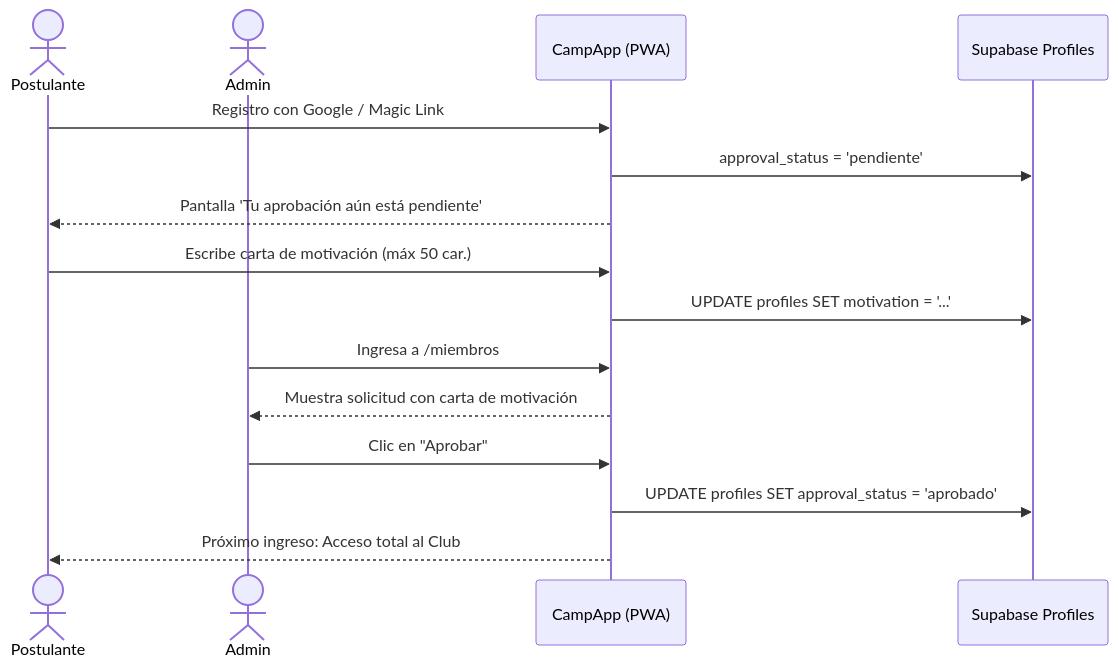
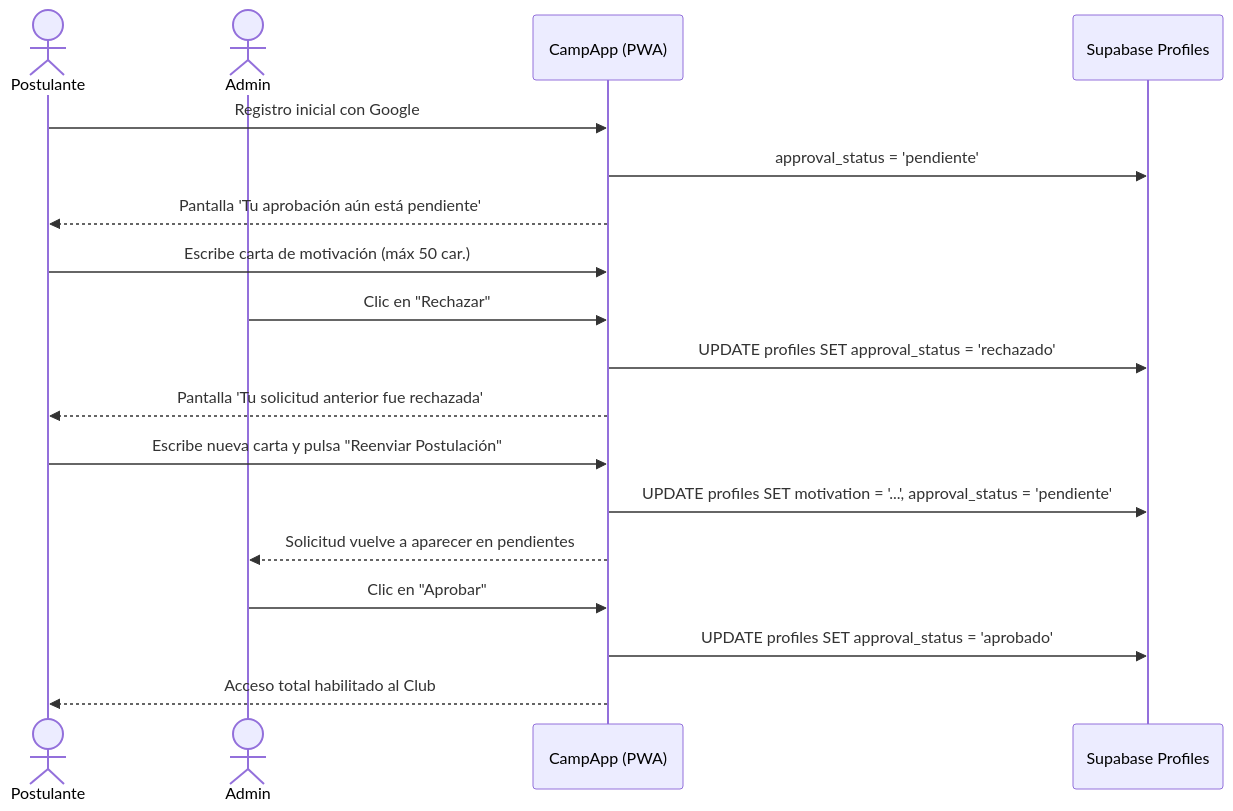
Before and after one commit to Aspirador4/NewCampApp: the diagram in docs/wiki/09_ADMISION_DIRECTORIO_Y_ROLES.md, drawn with Mermaid. The commit also changed other lines of this file and 23 other files, not shown here.

````diff
--- a/docs/wiki/09_ADMISION_DIRECTORIO_Y_ROLES.md
+++ b/docs/wiki/09_ADMISION_DIRECTORIO_Y_ROLES.md
@@ -34,18 +43,21 @@
 ```mermaid
 sequenceDiagram
     actor Postulante
     actor Admin
     participant App as CampApp (PWA)
     participant DB as Supabase Profiles
 
-    Postulante->>App: Registro con Google / Magic Link
+    Postulante->>App: Registro inicial con Google
     App->>DB: approval_status = 'pendiente'
     App-->>Postulante: Pantalla 'Tu aprobación aún está pendiente'
     Postulante->>App: Escribe carta de motivación (máx 50 car.)
-    App->>DB: UPDATE profiles SET motivation = '...'
-    Admin->>App: Ingresa a /miembros
-    App-->>Admin: Muestra solicitud con carta de motivación
+    Admin->>App: Clic en "Rechazar"
+    App->>DB: UPDATE profiles SET approval_status = 'rechazado'
+    App-->>Postulante: Pantalla 'Tu solicitud anterior fue rechazada'
+    Postulante->>App: Escribe nueva carta y pulsa "Reenviar Postulación"
+    App->>DB: UPDATE profiles SET motivation = '...', approval_status = 'pendiente'
+    App-->>Admin: Solicitud vuelve a aparecer en pendientes
     Admin->>App: Clic en "Aprobar"
     App->>DB: UPDATE profiles SET approval_status = 'aprobado'
-    App-->>Postulante: Próximo ingreso: Acceso total al Club
+    App-->>Postulante: Acceso total habilitado al Club
 ```
````
